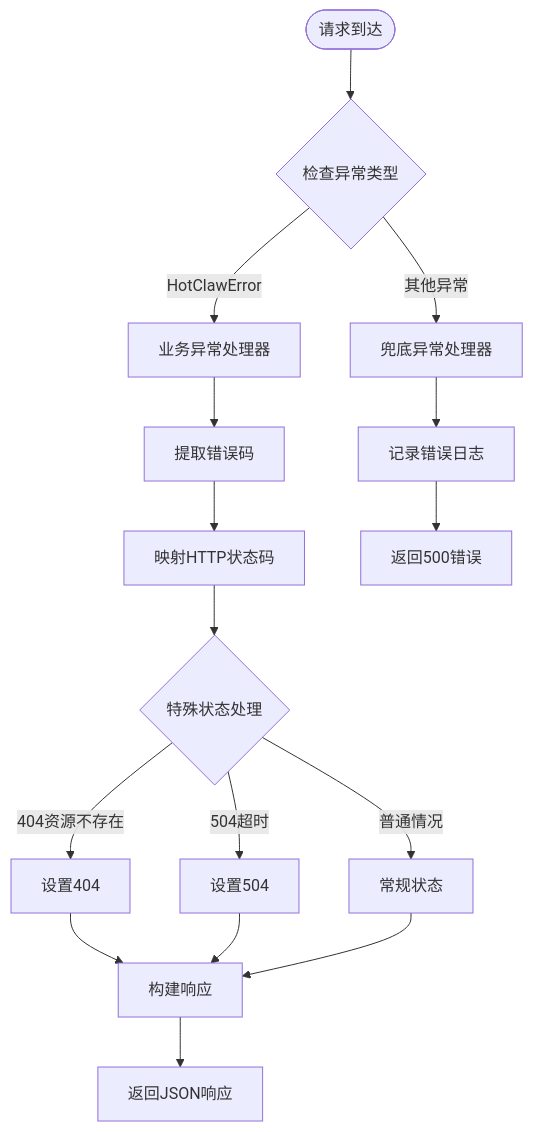
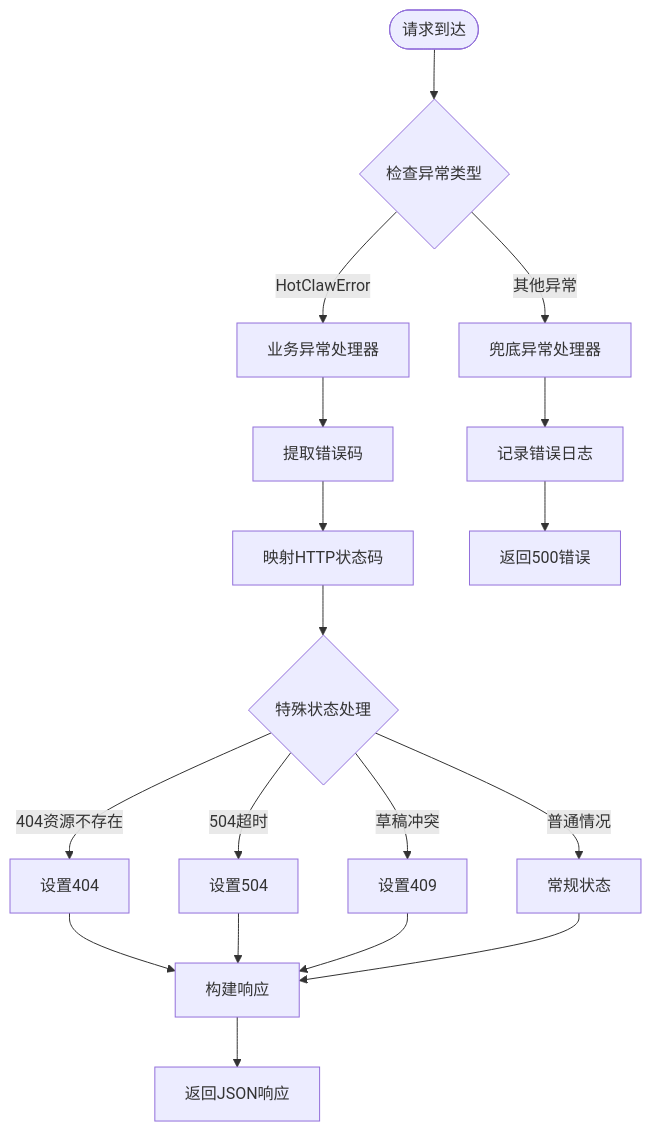
The fourth of 13 diagrams in .qoder/repowiki/zh/content/Exception Handling System.md (sansansansansan2022-web/hotclaw), drawn with Mermaid before and after one commit. The commit also changed other lines of this file and 44 other files, not shown here.

````diff
--- a/.qoder/repowiki/zh/content/Exception Handling System.md
+++ b/.qoder/repowiki/zh/content/Exception Handling System.md
@@ -197,18 +222,20 @@
 ```mermaid
 flowchart TD
 Start([请求到达]) --> CheckType{检查异常类型}
 CheckType --> |HotClawError| BusinessHandler[业务异常处理器]
 CheckType --> |其他异常| UnhandledHandler[兜底异常处理器]
 BusinessHandler --> ExtractCode[提取错误码]
 ExtractCode --> MapStatus[映射HTTP状态码]
 MapStatus --> SpecialCases{特殊状态处理}
 SpecialCases --> |404资源不存在| Set404[设置404]
 SpecialCases --> |504超时| Set504[设置504]
+SpecialCases --> |草稿冲突| Set409[设置409]
 SpecialCases --> |普通情况| NormalStatus[常规状态]
 Set404 --> BuildResponse[构建响应]
 Set504 --> BuildResponse
+Set409 --> BuildResponse
 NormalStatus --> BuildResponse
 BuildResponse --> ReturnResponse[返回JSON响应]
 UnhandledHandler --> LogError[记录错误日志]
 LogError --> Return500[返回500错误]
 ```
````
